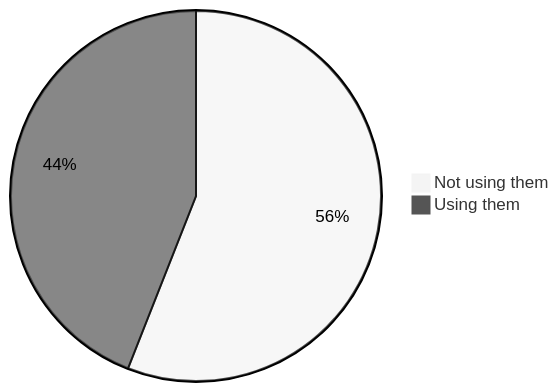
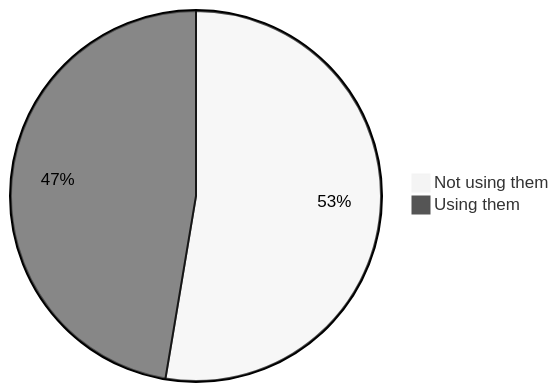
One commit to oshp/oshp-stats changed the first of 22 diagrams in stats.md. Above: the diagram before and after it, drawn with Mermaid (neutral theme). The commit also changed other lines of this file, not shown here.

````diff
--- a/stats.md
+++ b/stats.md
@@ -10,6 +10,6 @@
 ```mermaid
 pie
-	"Not using them" : 55.98
-	"Using them" : 44.02
+	"Not using them" : 52.64
+	"Using them" : 47.36
 
 ```
````
